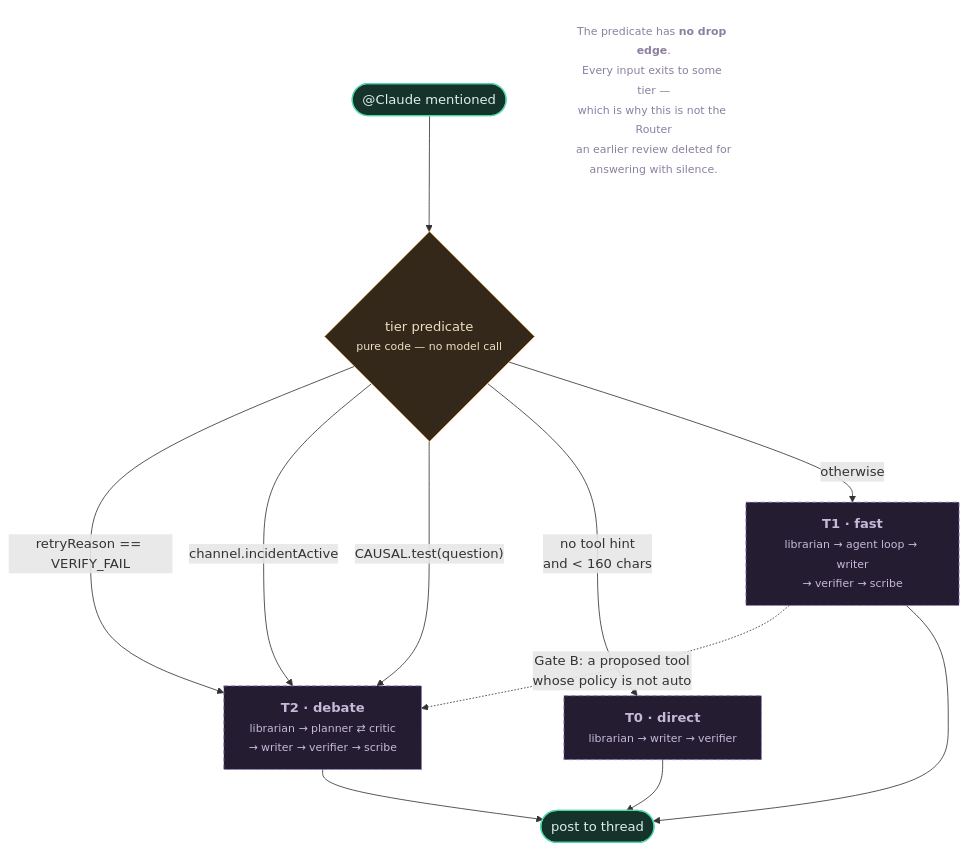
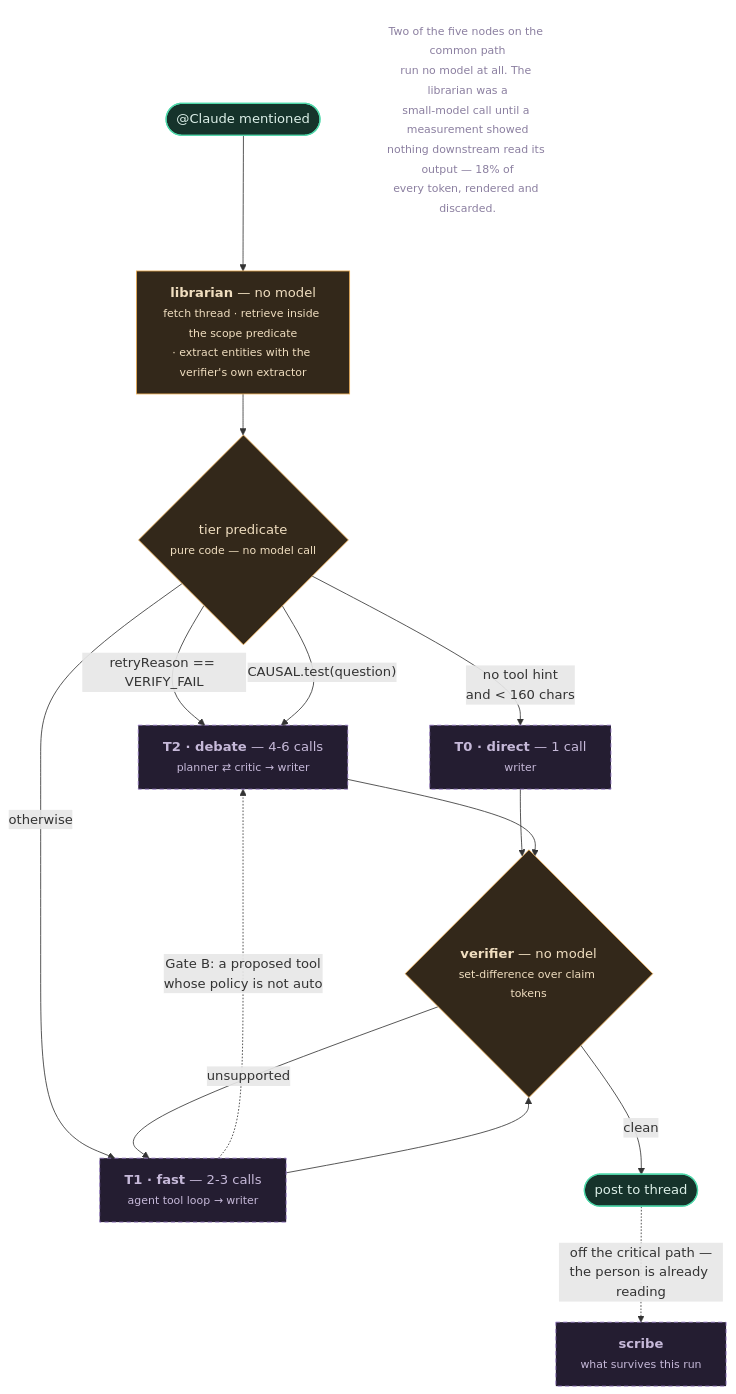
Before and after one commit to rppol/claude-tag-poc: the diagram in docs/diagrams/tiers.mmd, drawn with Mermaid. The commit also changed 8 other files, not shown here.

```diff
--- a/docs/diagrams/tiers.mmd
+++ b/docs/diagrams/tiers.mmd
@@ -1,25 +1,28 @@
 flowchart TB
-  IN(["@Claude mentioned"]) --> P{"tier predicate<br/><small>pure code — no model call</small>"}
+  IN(["@Claude mentioned"]) --> LIB["<b>librarian</b> — no model<br/><small>fetch thread · retrieve inside the scope predicate<br/>· extract entities with the verifier's own extractor</small>"]
+  LIB --> P{"tier predicate<br/><small>pure code — no model call</small>"}
 
   P -->|"retryReason == VERIFY_FAIL"| T2
-  P -->|"channel.incidentActive"| T2
-  P -->|"CAUSAL.test(question)"| T2["<b>T2 · debate</b><br/><small>librarian → planner ⇄ critic<br/>→ writer → verifier → scribe</small>"]
-  P -->|"no tool hint<br/>and < 160 chars"| T0["<b>T0 · direct</b><br/><small>librarian → writer → verifier</small>"]
-  P -->|"otherwise"| T1["<b>T1 · fast</b><br/><small>librarian → agent loop → writer<br/>→ verifier → scribe</small>"]
+  P -->|"CAUSAL.test(question)"| T2["<b>T2 · debate</b> — 4-6 calls<br/><small>planner ⇄ critic → writer</small>"]
+  P -->|"no tool hint<br/>and < 160 chars"| T0["<b>T0 · direct</b> — 1 call<br/><small>writer</small>"]
+  P -->|"otherwise"| T1["<b>T1 · fast</b> — 2-3 calls<br/><small>agent tool loop → writer</small>"]
 
   T1 -.->|"Gate B: a proposed tool<br/>whose policy is not auto"| T2
 
-  T0 --> POST(["post to thread"])
-  T1 --> POST
-  T2 --> POST
+  T0 --> V{"<b>verifier</b> — no model<br/><small>set-difference over claim tokens</small>"}
+  T1 --> V
+  T2 --> V
+  V -->|"unsupported"| T1
+  V -->|"clean"| POST(["post to thread"])
+  POST -.->|"off the critical path —<br/>the person is already reading"| SC["<b>scribe</b><br/><small>what survives this run</small>"]
 
-  NOTE["<small>The predicate has <b>no drop edge</b>.<br/>Every input exits to some tier —<br/>which is why this is not the Router<br/>an earlier review deleted for<br/>answering with silence.</small>"]
+  NOTE["<small>Two of the five nodes on the common path<br/>run no model at all. The librarian was a<br/>small-model call until a measurement showed<br/>nothing downstream read its output — 18% of<br/>every token, rendered and discarded.</small>"]
 
   classDef mech stroke:#EDAE55,fill:#33281A,color:#F0DEC0
   classDef design stroke:#9578C4,fill:#241D31,color:#C6B9D9,stroke-dasharray:5 4
   classDef built stroke:#4FD8AA,fill:#16332B,color:#DCEFE8,stroke-width:1.5px
   classDef note fill:none,stroke:none,color:#8B7FA0
-  class P mech
-  class T0,T1,T2 design
+  class P,LIB,V mech
+  class T0,T1,T2,SC design
   class IN,POST built
   class NOTE note
```
